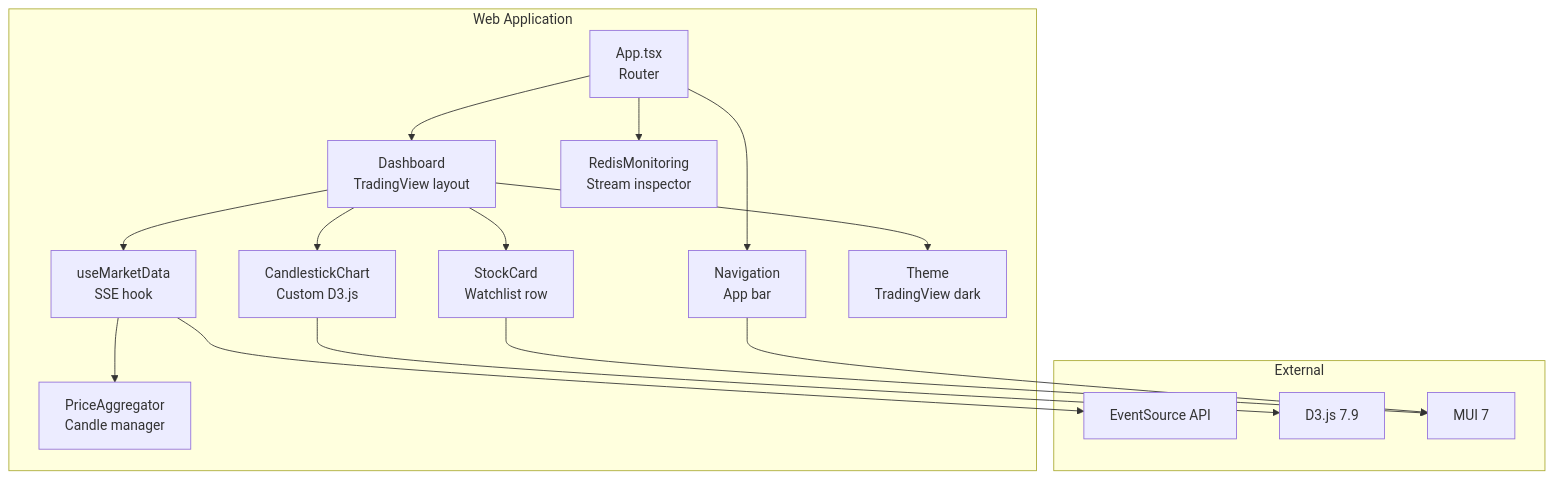
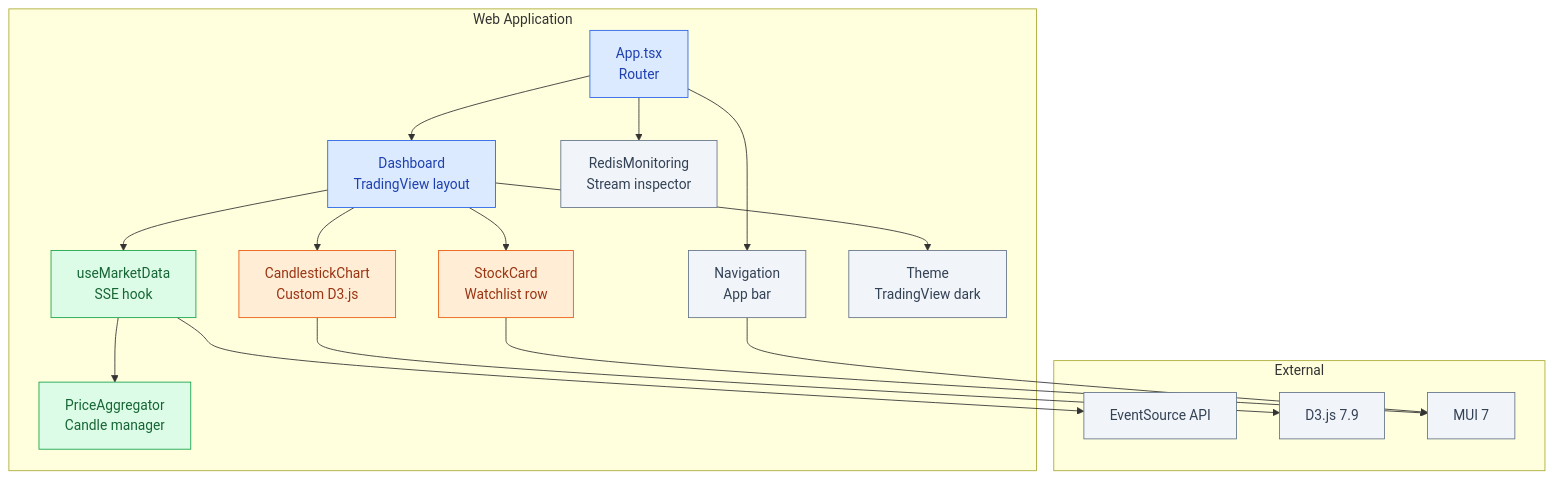
The sixth of 10 diagrams in hugo-site/content/projects/stock-market-simulator/index.md (raj-champion-trader/rajchampaneriya.github.io), drawn with Mermaid before and after one commit. The commit also changed other lines of this file and 5 other files, not shown here.

First line of the commit message:
Enhance Mermaid Diagrams with Semantic Color Classes and Dark Mode Support

````diff
--- a/hugo-site/content/projects/stock-market-simulator/index.md
+++ b/hugo-site/content/projects/stock-market-simulator/index.md
@@ -241,33 +268,38 @@
 ```mermaid
 flowchart TB
+    classDef primary fill:#dbeafe,stroke:#2563eb,color:#1e40af
+    classDef secondary fill:#dcfce7,stroke:#16a34a,color:#166534
+    classDef accent fill:#ffedd5,stroke:#ea580c,color:#9a3412
+    classDef neutral fill:#f1f5f9,stroke:#64748b,color:#334155
+
     subgraph WebAppContainer["Web Application"]
-        AppComponent["App.tsx<br/>Router"]
-        Dashboard["Dashboard<br/>TradingView layout"]
-        UseMarketData["useMarketData<br/>SSE hook"]
-        StockCard["StockCard<br/>Watchlist row"]
-        CandlestickChart["CandlestickChart<br/>Custom D3.js"]
-        PriceAggregator["PriceAggregator<br/>Candle manager"]
-        RedisMonitoring["RedisMonitoring<br/>Stream inspector"]
-        Navigation["Navigation<br/>App bar"]
-        Theme["Theme<br/>TradingView dark"]
+        AppComponent["App.tsx<br/>Router"]:::primary
+        Dashboard["Dashboard<br/>TradingView layout"]:::primary
+        UseMarketData["useMarketData<br/>SSE hook"]:::secondary
+        StockCard["StockCard<br/>Watchlist row"]:::accent
+        CandlestickChart["CandlestickChart<br/>Custom D3.js"]:::accent
+        PriceAggregator["PriceAggregator<br/>Candle manager"]:::secondary
+        RedisMonitoring["RedisMonitoring<br/>Stream inspector"]:::neutral
+        Navigation["Navigation<br/>App bar"]:::neutral
+        Theme["Theme<br/>TradingView dark"]:::neutral
     end
 
     subgraph External["External"]
-        EventSourceAPI["EventSource API"]
-        D3js["D3.js 7.9"]
-        MaterialUI["MUI 7"]
+        EventSourceAPI["EventSource API"]:::neutral
+        D3js["D3.js 7.9"]:::neutral
+        MaterialUI["MUI 7"]:::neutral
     end
 
     AppComponent --> Dashboard
     AppComponent --> RedisMonitoring
     AppComponent --> Navigation
     Dashboard --> UseMarketData
     Dashboard --> StockCard
     Dashboard --> CandlestickChart
     UseMarketData --> EventSourceAPI
     UseMarketData --> PriceAggregator
     CandlestickChart --> D3js
     StockCard --> MaterialUI
     Navigation --> MaterialUI
     Dashboard --> Theme
 ```
````
